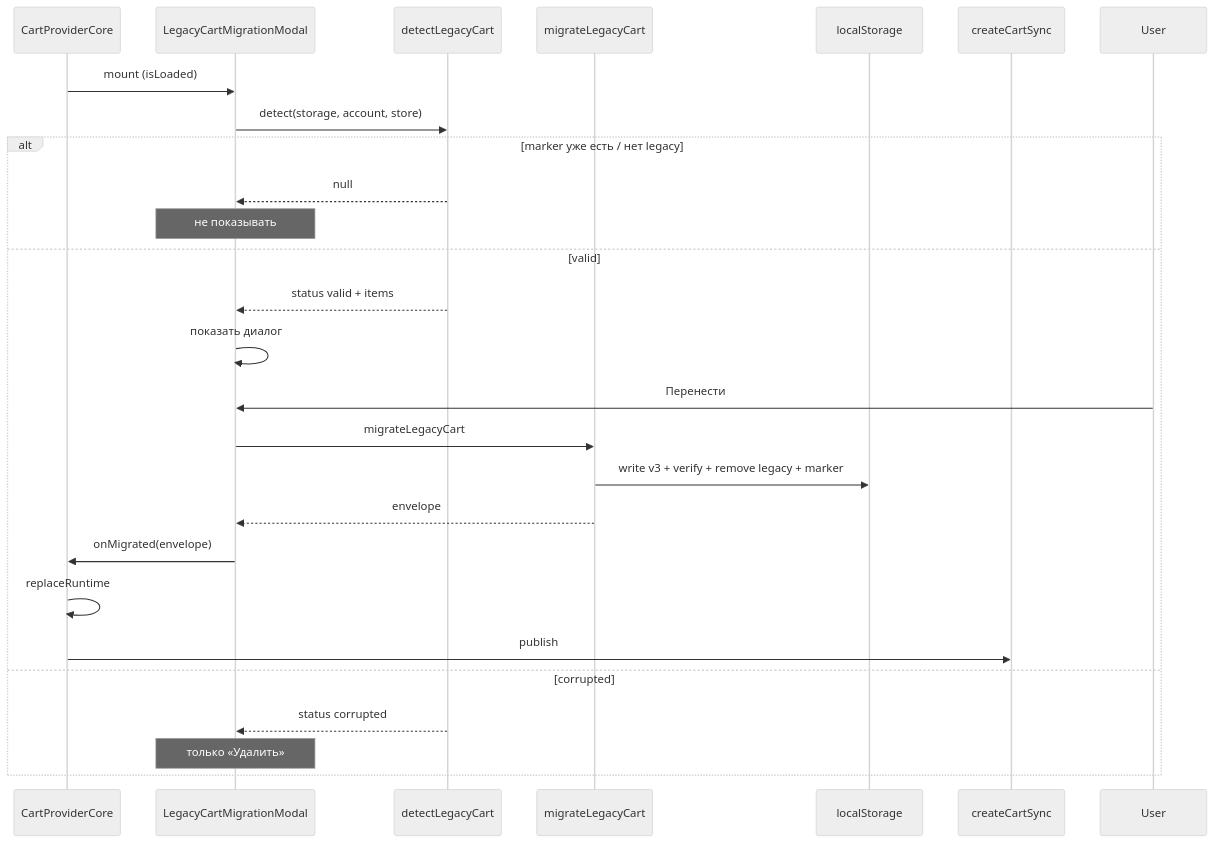
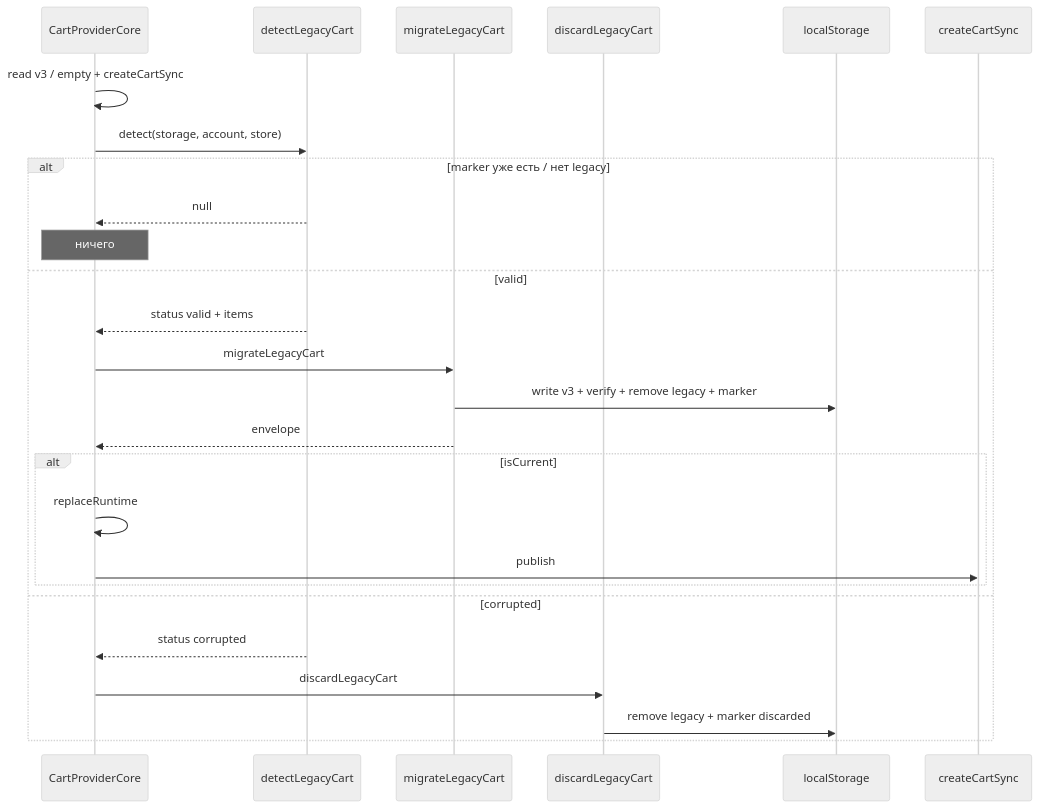
Before and after one commit to iscander-b10/tyres_discs: the second of 3 diagrams in docs/09-cart/migration-and-multitab.md, drawn with Mermaid (neutral theme). The commit also changed other lines of this file and 13 other files, not shown here.

First line of the commit message:
Remove the legacy cart migration modal and auto-migrate or discard on workspace load.

````diff
--- a/docs/09-cart/migration-and-multitab.md
+++ b/docs/09-cart/migration-and-multitab.md
@@ -189,29 +189,29 @@
 ```mermaid
 sequenceDiagram
   participant Cart as CartProviderCore
-  participant Modal as LegacyCartMigrationModal
   participant Detect as detectLegacyCart
   participant Mig as migrateLegacyCart
+  participant Disc as discardLegacyCart
   participant LS as localStorage
   participant Sync as createCartSync
 
-  Cart->>Modal: mount (isLoaded)
-  Modal->>Detect: detect(storage, account, store)
+  Cart->>Cart: read v3 / empty + createCartSync
+  Cart->>Detect: detect(storage, account, store)
   alt marker уже есть / нет legacy
-    Detect-->>Modal: null
-    Note over Modal: не показывать
+    Detect-->>Cart: null
+    Note over Cart: ничего
   else valid
-    Detect-->>Modal: status valid + items
-    Modal->>Modal: показать диалог
-    User->>Modal: Перенести
-    Modal->>Mig: migrateLegacyCart
+    Detect-->>Cart: status valid + items
+    Cart->>Mig: migrateLegacyCart
     Mig->>LS: write v3 + verify + remove legacy + marker
-    Mig-->>Modal: envelope
-    Modal->>Cart: onMigrated(envelope)
-    Cart->>Cart: replaceRuntime
-    Cart->>Sync: publish
+    Mig-->>Cart: envelope
+    alt isCurrent
+      Cart->>Cart: replaceRuntime
+      Cart->>Sync: publish
+    end
   else corrupted
-    Detect-->>Modal: status corrupted
-    Note over Modal: только «Удалить»
+    Detect-->>Cart: status corrupted
+    Cart->>Disc: discardLegacyCart
+    Disc->>LS: remove legacy + marker discarded
   end
 ```
````
